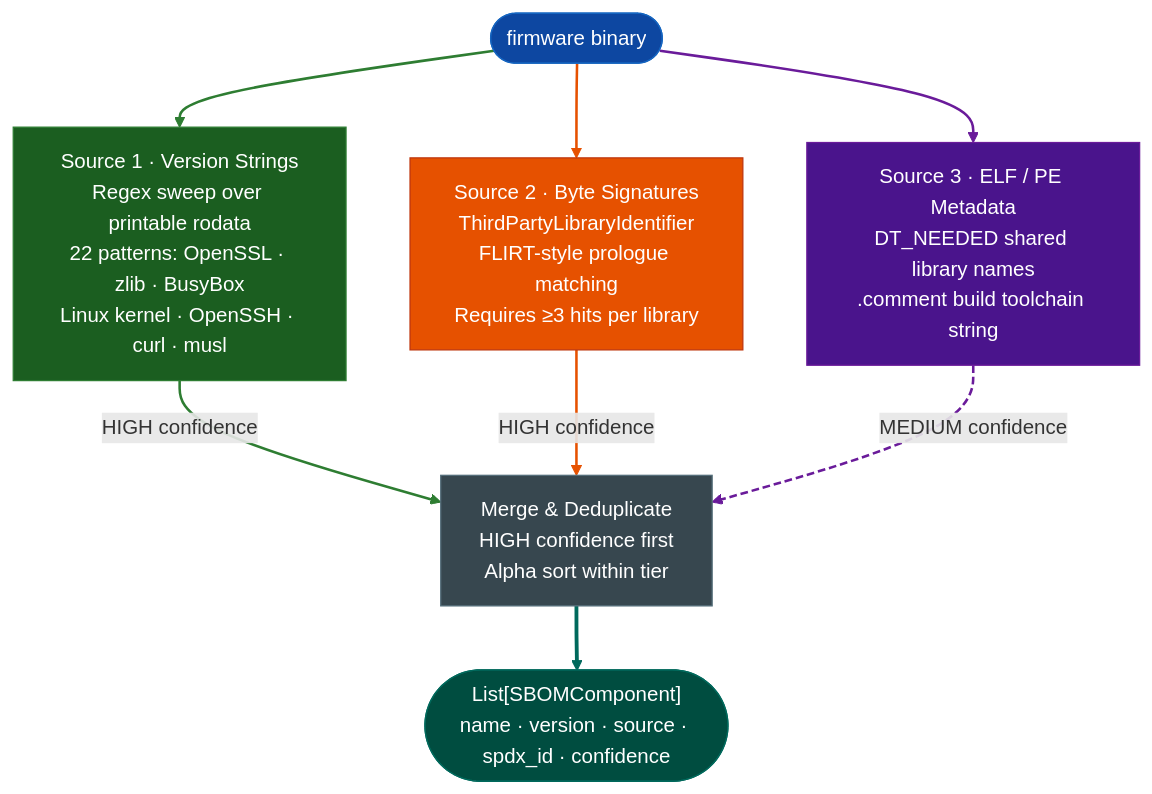
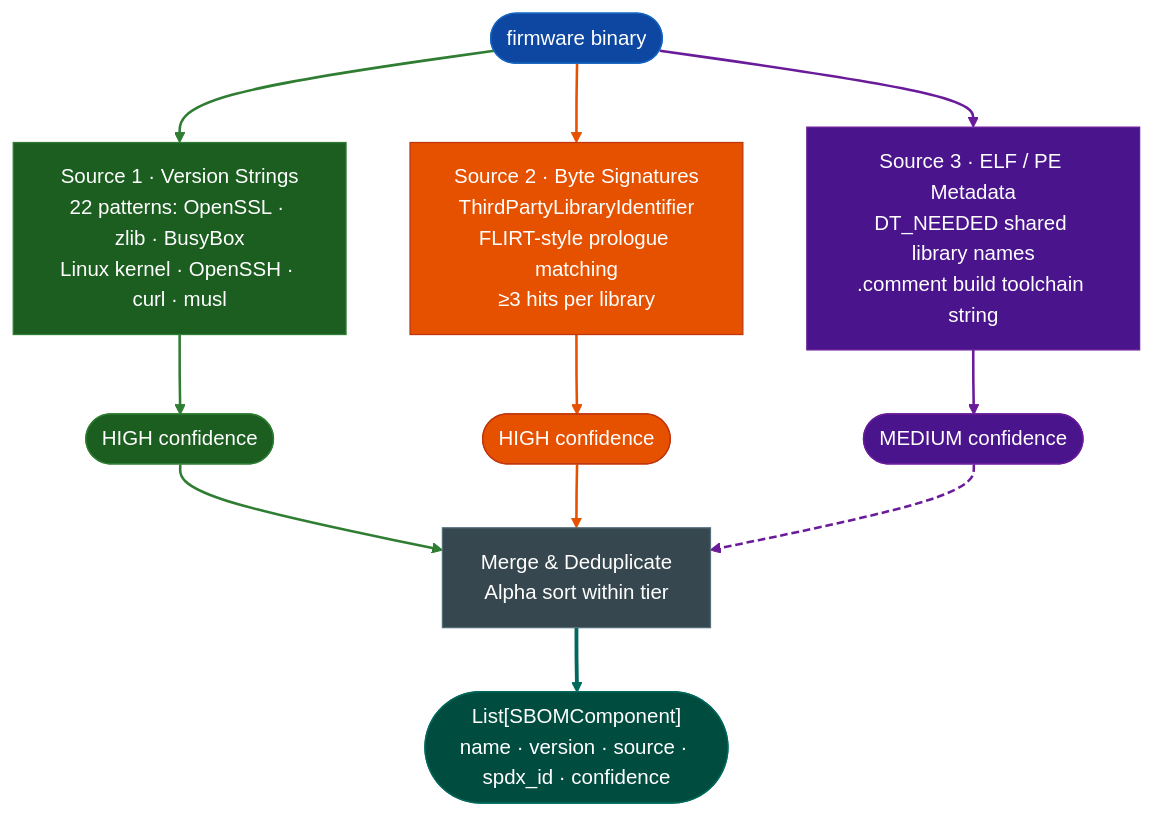
The diagram in docs/reference-modules/dependency-and-supply-chain-tooling.md (Ablation-Tool/ablation), drawn with Mermaid before and after one commit.

Commit message:
docs: pull confidence labels into color-coded nodes before merge step
Confidence level is now a colored stadium node on each path so the
merge box does not need to explain which color contributed what.

````diff
--- a/docs/reference-modules/dependency-and-supply-chain-tooling.md
+++ b/docs/reference-modules/dependency-and-supply-chain-tooling.md
@@ -37,37 +37,45 @@
 ```mermaid
 flowchart TD
     IN(["firmware binary"]):::input
 
-    S1["Source 1 · Version Strings\nRegex sweep over printable rodata\n22 patterns: OpenSSL · zlib · BusyBox\nLinux kernel · OpenSSH · curl · musl"]:::ver
-
-    S2["Source 2 · Byte Signatures\nThirdPartyLibraryIdentifier\nFLIRT-style prologue matching\nRequires ≥3 hits per library"]:::sig
-
+    S1["Source 1 · Version Strings\n22 patterns: OpenSSL · zlib · BusyBox\nLinux kernel · OpenSSH · curl · musl"]:::ver
+    S2["Source 2 · Byte Signatures\nThirdPartyLibraryIdentifier\nFLIRT-style prologue matching\n≥3 hits per library"]:::sig
     S3["Source 3 · ELF / PE Metadata\nDT_NEEDED shared library names\n.comment build toolchain string"]:::meta
 
-    MERGE["Merge & Deduplicate\nHIGH confidence first\nAlpha sort within tier"]:::merge
+    C1(["HIGH confidence"]):::ver
+    C2(["HIGH confidence"]):::sig
+    C3(["MEDIUM confidence"]):::meta
+
+    MERGE["Merge & Deduplicate\nAlpha sort within tier"]:::merge
 
     OUT(["List[SBOMComponent]\nname · version · source · spdx_id · confidence"]):::output
 
-    IN  --> S1
-    IN  --> S2
-    IN  --> S3
-    S1  -->|"HIGH confidence"| MERGE
-    S2  -->|"HIGH confidence"| MERGE
-    S3  -->|"MEDIUM confidence"| MERGE
+    IN --> S1
+    IN --> S2
+    IN --> S3
+    S1 --> C1
+    S2 --> C2
+    S3 --> C3
+    C1 --> MERGE
+    C2 --> MERGE
+    C3 --> MERGE
     MERGE --> OUT
 
     classDef input  fill:#0d47a1,stroke:#1565c0,color:#fff
     classDef ver    fill:#1b5e20,stroke:#2e7d32,color:#fff
     classDef sig    fill:#e65100,stroke:#bf360c,color:#fff
     classDef meta   fill:#4a148c,stroke:#6a1b9a,color:#fff
     classDef merge  fill:#37474f,stroke:#546e7a,color:#fff
     classDef output fill:#004d40,stroke:#00695c,color:#fff
 
     linkStyle 0 stroke:#2e7d32,stroke-width:2px
     linkStyle 1 stroke:#e65100,stroke-width:2px
     linkStyle 2 stroke:#6a1b9a,stroke-width:2px
     linkStyle 3 stroke:#2e7d32,stroke-width:2px
     linkStyle 4 stroke:#e65100,stroke-width:2px
-    linkStyle 5 stroke:#6a1b9a,stroke-width:2px,stroke-dasharray:6 3
-    linkStyle 6 stroke:#00695c,stroke-width:3px
+    linkStyle 5 stroke:#6a1b9a,stroke-width:2px
+    linkStyle 6 stroke:#2e7d32,stroke-width:2px
+    linkStyle 7 stroke:#e65100,stroke-width:2px
+    linkStyle 8 stroke:#6a1b9a,stroke-width:2px,stroke-dasharray:6 3
+    linkStyle 9 stroke:#00695c,stroke-width:3px
 ```
````
